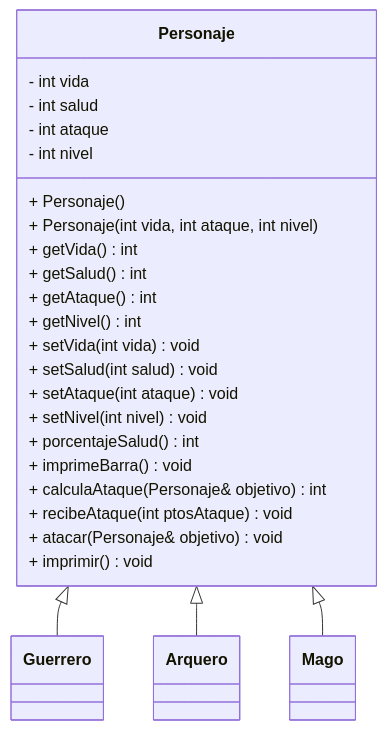
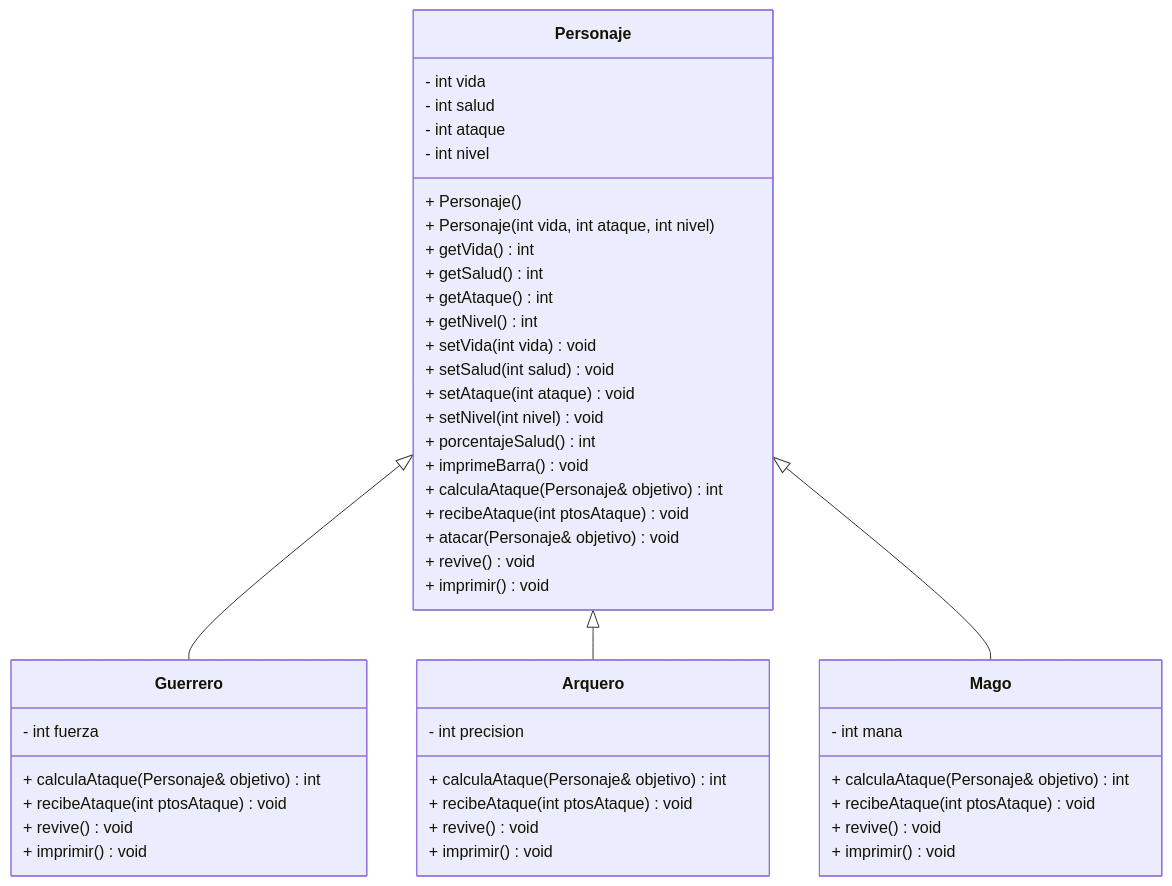
One commit to alexandracvz/Proyecto_A01666950 changed the diagram in assignments/README.md. Above: the diagram before and after it, drawn with Mermaid. The commit also changed other lines of this file, not shown here.

````diff
--- a/assignments/README.md
+++ b/assignments/README.md
@@ -8,34 +21,56 @@
 ```mermaid
 classDiagram
 
 class Personaje{
     - int vida
     - int salud
     - int ataque
     - int nivel
 
     + Personaje()
     + Personaje(int vida, int ataque, int nivel)
-
     + getVida() int
     + getSalud() int
     + getAtaque() int
     + getNivel() int
-
     + setVida(int vida) void
     + setSalud(int salud) void
     + setAtaque(int ataque) void
     + setNivel(int nivel) void
-
     + porcentajeSalud() int
     + imprimeBarra() void
     + calculaAtaque(Personaje& objetivo) int
     + recibeAtaque(int ptosAtaque) void
     + atacar(Personaje& objetivo) void
+    + revive() void
+    + imprimir() void
+}
+
+class Guerrero{
+    - int fuerza
+    + calculaAtaque(Personaje& objetivo) int
+    + recibeAtaque(int ptosAtaque) void
+    + revive() void
+    + imprimir() void
+}
+
+class Arquero{
+    - int precision
+    + calculaAtaque(Personaje& objetivo) int
+    + recibeAtaque(int ptosAtaque) void
+    + revive() void
+    + imprimir() void
+}
+
+class Mago{
+    - int mana
+    + calculaAtaque(Personaje& objetivo) int
+    + recibeAtaque(int ptosAtaque) void
+    + revive() void
     + imprimir() void
 }
 
 Personaje <|-- Guerrero
 Personaje <|-- Arquero
 Personaje <|-- Mago
 ```
````
